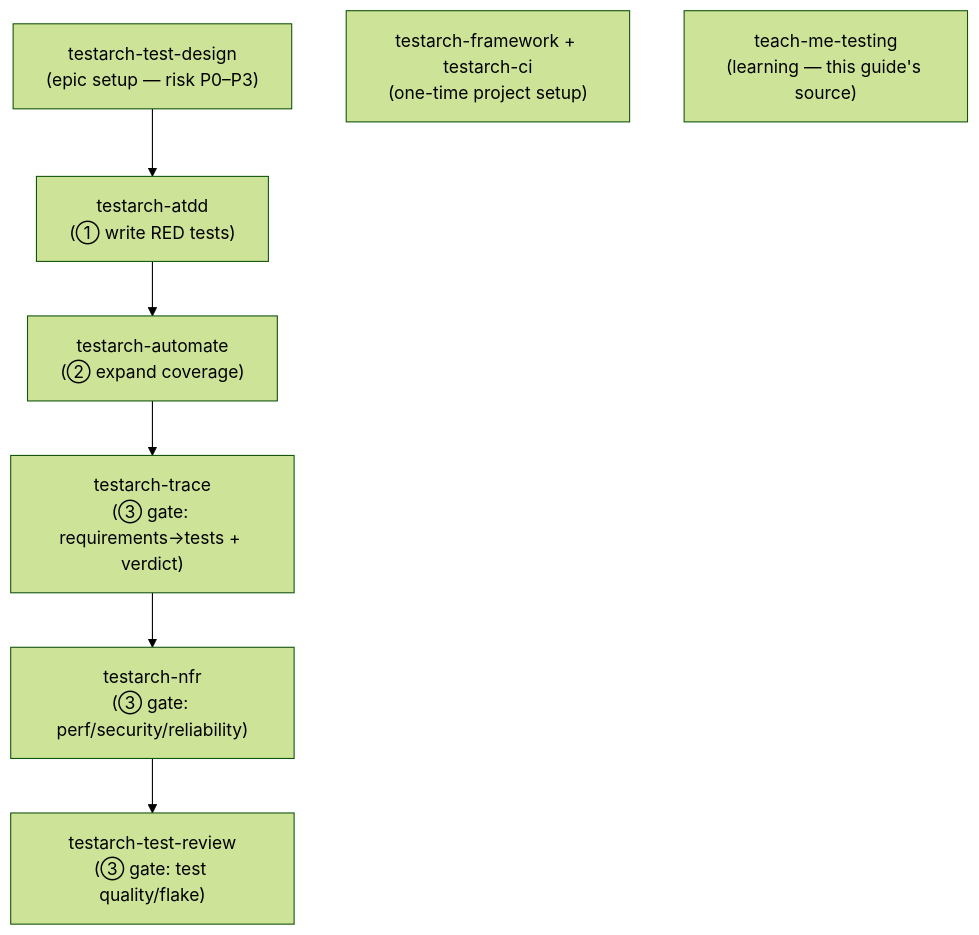
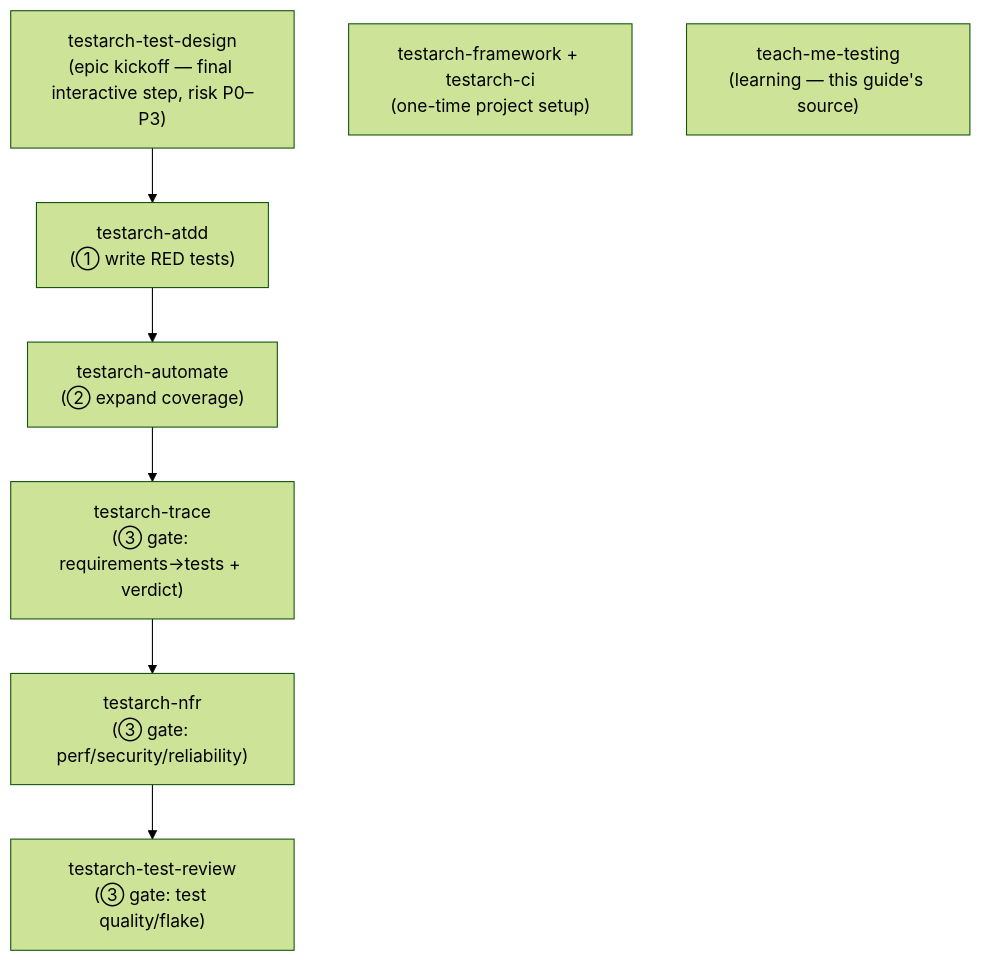
Before and after one commit to sudomadhatter/Sudo_Hatter_Command: the first of 3 diagrams in _my_resources/diagrams_guides/tea_testing/tea_testing_work_flows_sudo.md, drawn with Mermaid (forest theme). The commit also changed other lines of this file and 19 other files, not shown here.

Commit message:
feat: initialize Epic 16 incident response documentation and establish project-wide BDD/ATDD testing scaffolds

````diff
--- a/_my_resources/diagrams_guides/tea_testing/tea_testing_work_flows_sudo.md
+++ b/_my_resources/diagrams_guides/tea_testing/tea_testing_work_flows_sudo.md
@@ -329,10 +329,10 @@
 ```mermaid
 flowchart TD
-    TD["testarch-test-design<br/>(epic setup — risk P0–P3)"] --> ATDD["testarch-atdd<br/>(① write RED tests)"]
+    TD["testarch-test-design<br/>(epic kickoff — final interactive step, risk P0–P3)"] --> ATDD["testarch-atdd<br/>(① write RED tests)"]
     ATDD --> AUTO["testarch-automate<br/>(② expand coverage)"]
     AUTO --> TRACE["testarch-trace<br/>(③ gate: requirements→tests + verdict)"]
     TRACE --> NFR["testarch-nfr<br/>(③ gate: perf/security/reliability)"]
     NFR --> TR["testarch-test-review<br/>(③ gate: test quality/flake)"]
     FW["testarch-framework + testarch-ci<br/>(one-time project setup)"]
     TEACH["teach-me-testing<br/>(learning — this guide's source)"]
 ```
````
